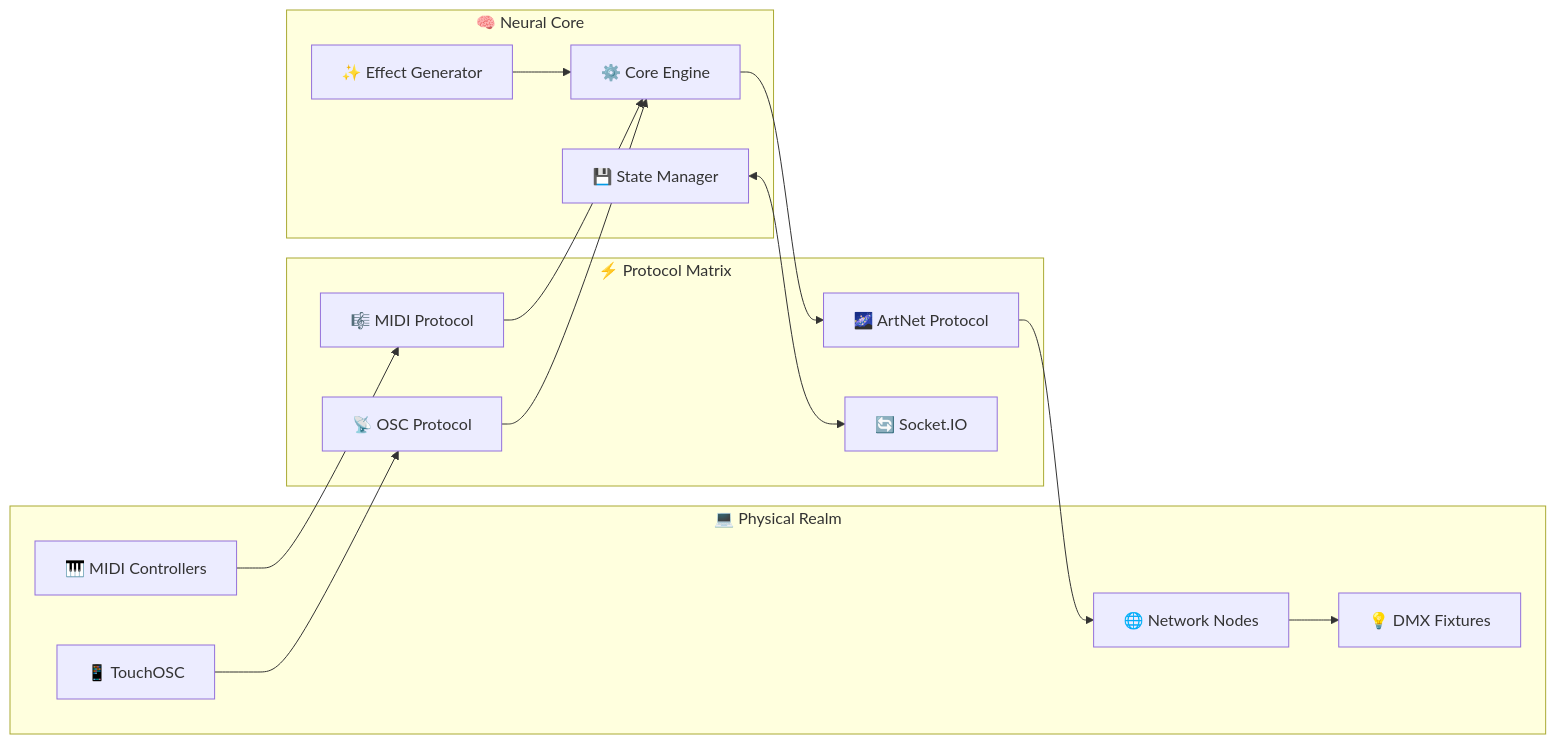
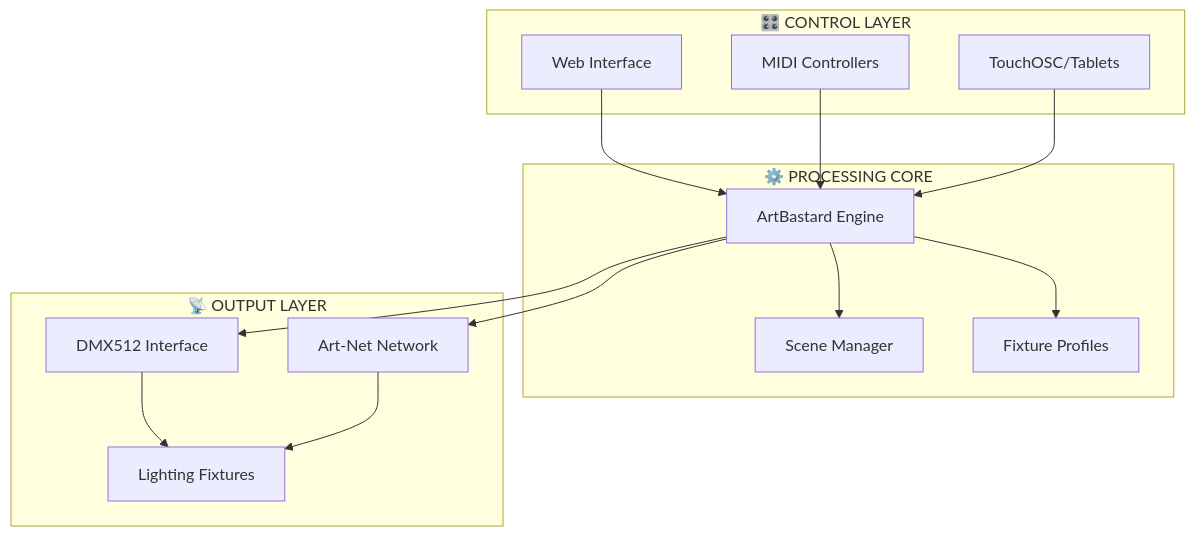
Before and after one commit to aday1/ArtBastard-DMX512: the diagram in README.md, drawn with Mermaid. The commit also changed other lines of this file and 76 other files, not shown here.

Commit message:
Complete documentation overhaul and UI enhancements for ArtBastard V5.12 Photonic Supremacy

````diff
--- a/README.md
+++ b/README.md
@@ -433,30 +79,30 @@
 ```mermaid
-graph LR
-    subgraph Hardware["💻 Physical Realm"]
-        MIDI["🎹 MIDI Controllers"]
-        Touch["📱 TouchOSC"]
-        Network["🌐 Network Nodes"]
-        Fixtures["💡 DMX Fixtures"]
+graph TB
+    subgraph "🎛️ CONTROL LAYER"
+        UI[Web Interface]
+        MIDI[MIDI Controllers]
+        OSC[TouchOSC/Tablets]
     end
-
-    subgraph Protocols["⚡ Protocol Matrix"]
-        MIDIProtocol["🎼 MIDI Protocol"]
-        OSCProtocol["📡 OSC Protocol"]
-        ArtNetProtocol["🌌 ArtNet Protocol"]
-        SocketProtocol["🔄 Socket.IO"]
+    
+    subgraph "⚙️ PROCESSING CORE"
+        Engine[ArtBastard Engine]
+        Scenes[Scene Manager]
+        Fixtures[Fixture Profiles]
     end
-
-    subgraph Core["🧠 Neural Core"]
-        Engine["⚙️ Core Engine"]
-        State["💾 State Manager"]
-        Effects["✨ Effect Generator"]
+    
+    subgraph "📡 OUTPUT LAYER"
+        DMX[DMX512 Interface]
+        ArtNet[Art-Net Network]
+        Lights[Lighting Fixtures]
     end
-
-    %% Connections with flow direction
-    MIDI --> MIDIProtocol --> Engine
-    Touch --> OSCProtocol --> Engine
-    Engine --> ArtNetProtocol --> Network
-    Network --> Fixtures
-    State <--> SocketProtocol
-    Effects --> Engine
+    
+    UI --> Engine
+    MIDI --> Engine
+    OSC --> Engine
+    Engine --> Scenes
+    Engine --> Fixtures
+    Engine --> DMX
+    Engine --> ArtNet
+    DMX --> Lights
+    ArtNet --> Lights
 ```
````
